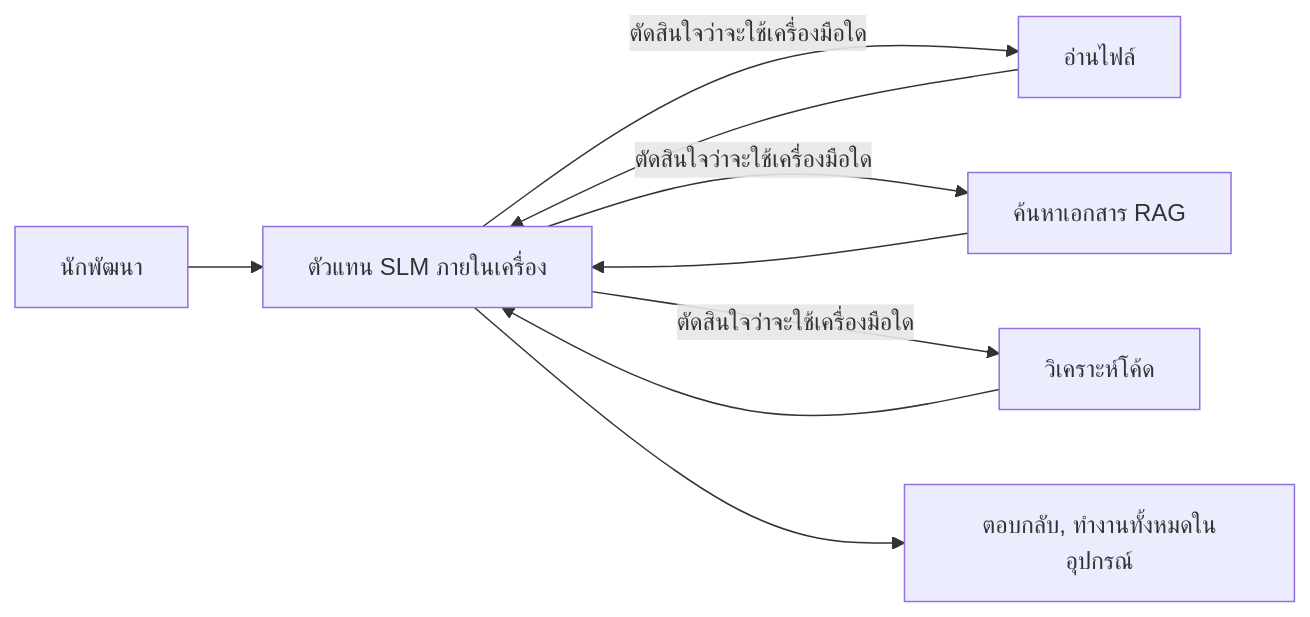
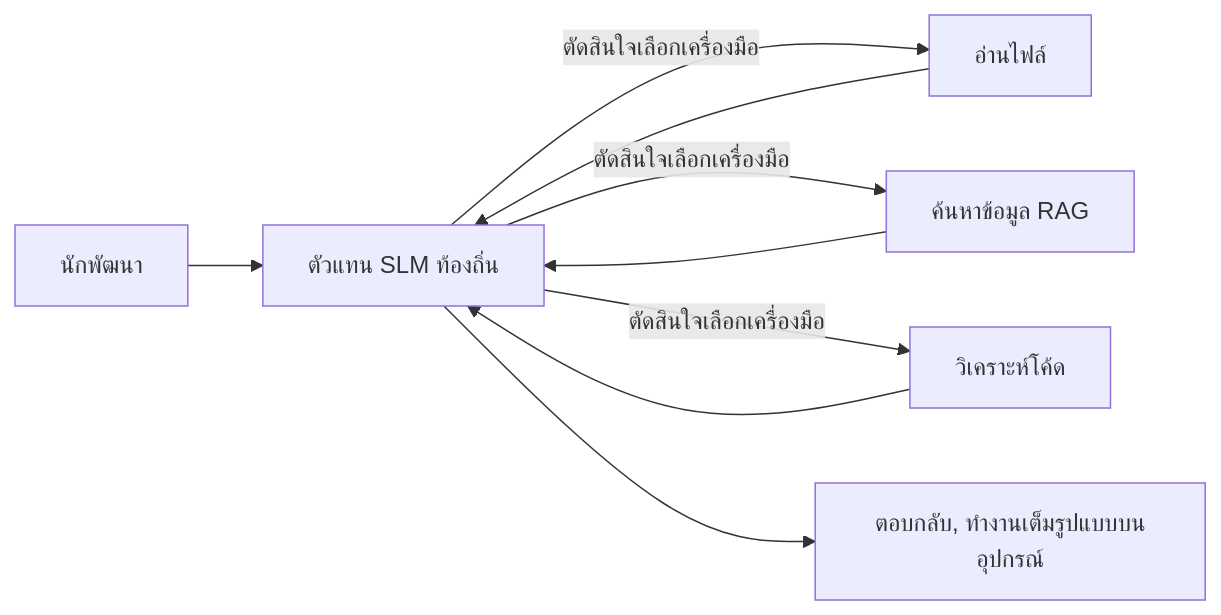
Before and after one commit to gabrielmoreira/agent-skills-mirror: the first of 4 diagrams in mirrors/repos/microsoft@ai-agents-for-beginners/translations/th/17-creating-local-ai-agents/README.md, drawn with Mermaid. The commit also changed other lines of this file and 4262 other files, not shown here.

````diff
--- a/mirrors/repos/microsoft@ai-agents-for-beginners/translations/th/17-creating-local-ai-agents/README.md
+++ b/mirrors/repos/microsoft@ai-agents-for-beginners/translations/th/17-creating-local-ai-agents/README.md
@@ -66,11 +66,11 @@
 ```mermaid
 flowchart LR
-    U[นักพัฒนา] --> A[ตัวแทน SLM ภายในเครื่อง]
-    A -->|ตัดสินใจว่าจะใช้เครื่องมือใด| T1[อ่านไฟล์]
-    A -->|ตัดสินใจว่าจะใช้เครื่องมือใด| T2[ค้นหาเอกสาร RAG]
-    A -->|ตัดสินใจว่าจะใช้เครื่องมือใด| T3[วิเคราะห์โค้ด]
+    U[นักพัฒนา] --> A[ตัวแทน SLM ท้องถิ่น]
+    A -->|ตัดสินใจเลือกเครื่องมือ| T1[อ่านไฟล์]
+    A -->|ตัดสินใจเลือกเครื่องมือ| T2[ค้นหาข้อมูล RAG]
+    A -->|ตัดสินใจเลือกเครื่องมือ| T3[วิเคราะห์โค้ด]
     T1 --> A
     T2 --> A
     T3 --> A
-    A --> R[ตอบกลับ, ทำงานทั้งหมดในอุปกรณ์]
+    A --> R[ตอบกลับ, ทำงานเต็มรูปแบบบนอุปกรณ์]
 ```
````
